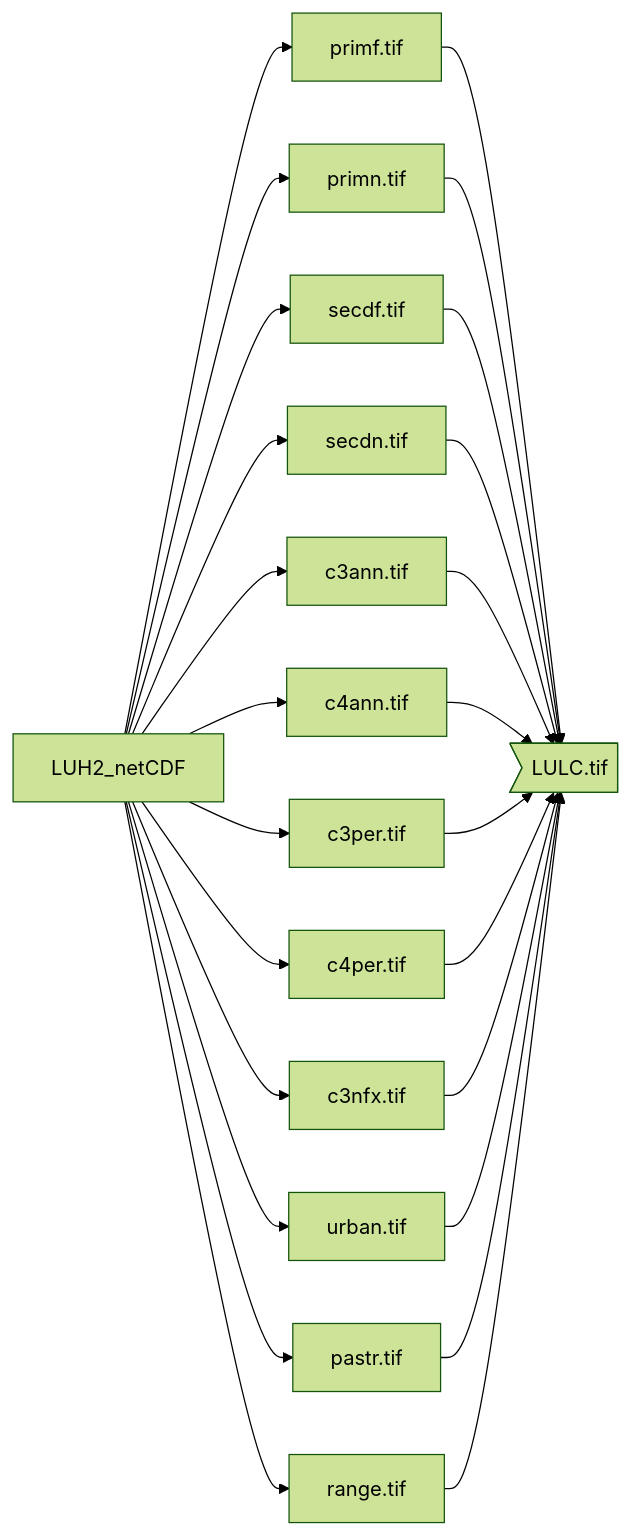
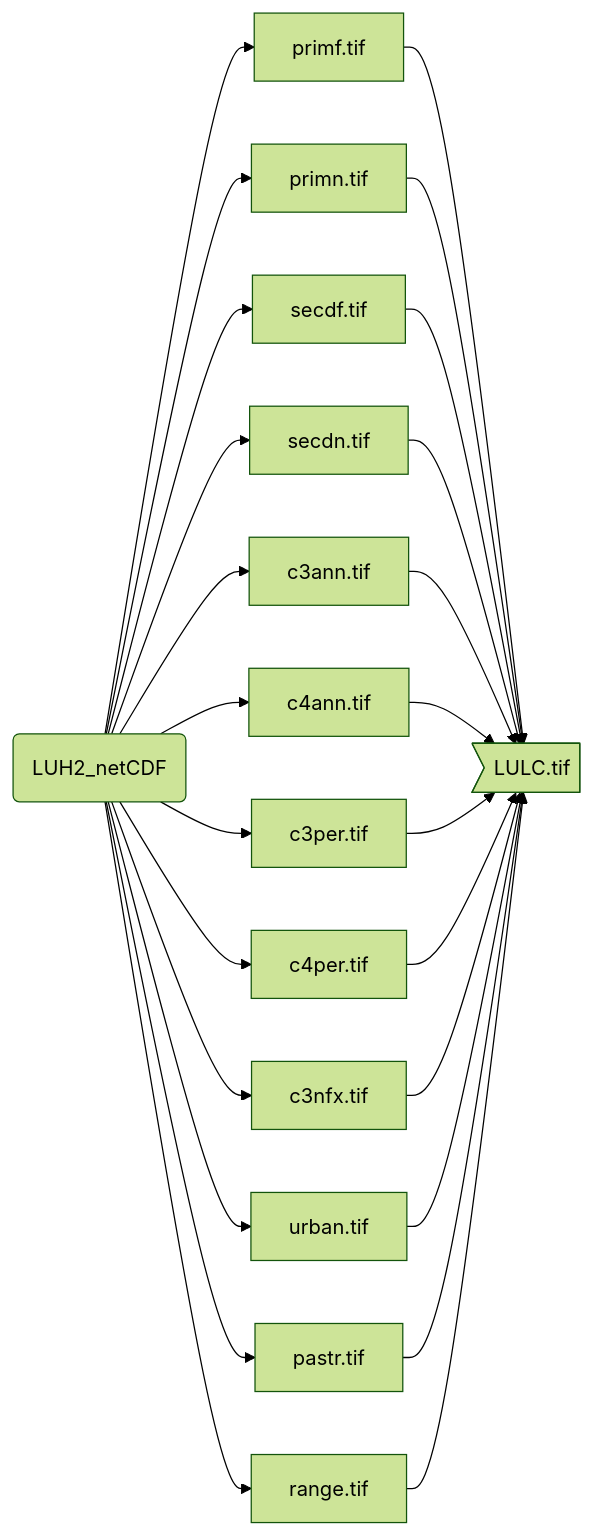
Before and after one commit to Tai-Rocha/LUH2_Data: the diagram in README.md, drawn with Mermaid (forest theme).

````diff
--- a/README.md
+++ b/README.md
@@ -1,27 +1,27 @@
 ```mermaid
 graph LR
-A[<font size=3>LUH2_netCDF] --> B[<font size=3>primf.tif]
+A(<font size=3>LUH2_netCDF) --> B[<font size=3>primf.tif]
     A --> C[<font size=3>primn.tif]
     A --> D[<font size=3>secdf.tif]
     A --> E[<font size=3>secdn.tif]
     A --> F[<font size=3>c3ann.tif]
     A --> G[<font size=3>c4ann.tif]
     A --> H[<font size=3>c3per.tif]
     A --> I[<font size=3>c4per.tif]
     A --> J[<font size=3>c3nfx.tif]
     A --> L[<font size=3>urban.tif]
     A --> M[<font size=3>pastr.tif]
     A --> N[<font size=3>range.tif]
     B --> O><font size=3>LULC.tif]
     C --> O><font size=3>LULC.tif]
     D --> O><font size=3>LULC.tif]
     E --> O><font size=3>LULC.tif]
     F --> O><font size=3>LULC.tif]
     G --> O><font size=3>LULC.tif]
     H --> O><font size=3>LULC.tif]
     I --> O><font size=3>LULC.tif]
     J --> O><font size=3>LULC.tif]
     L --> O><font size=3>LULC.tif]
     M --> O><font size=3>LULC.tif]
     N --> O><font size=3>LULC.tif]
 ```
````
